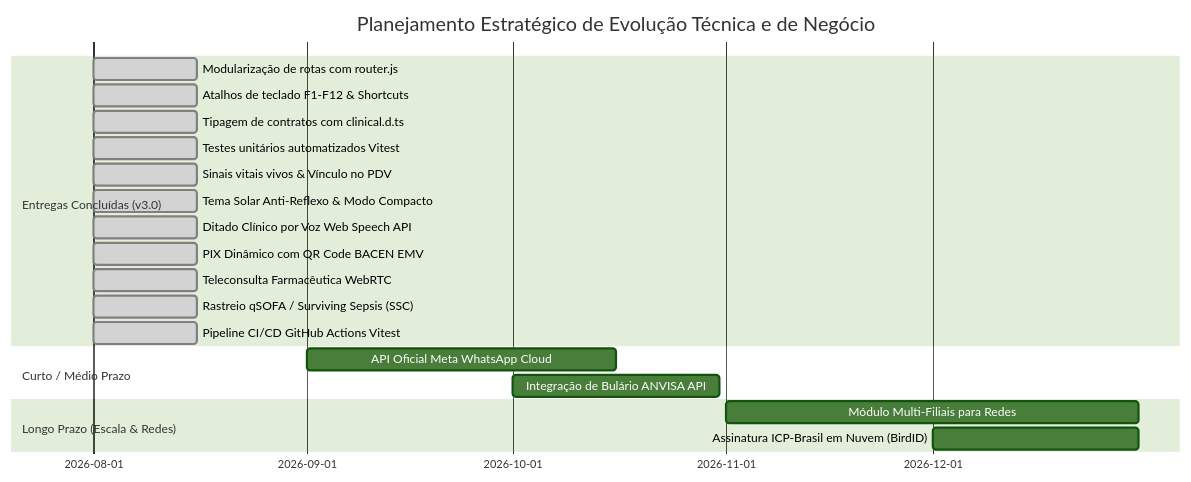
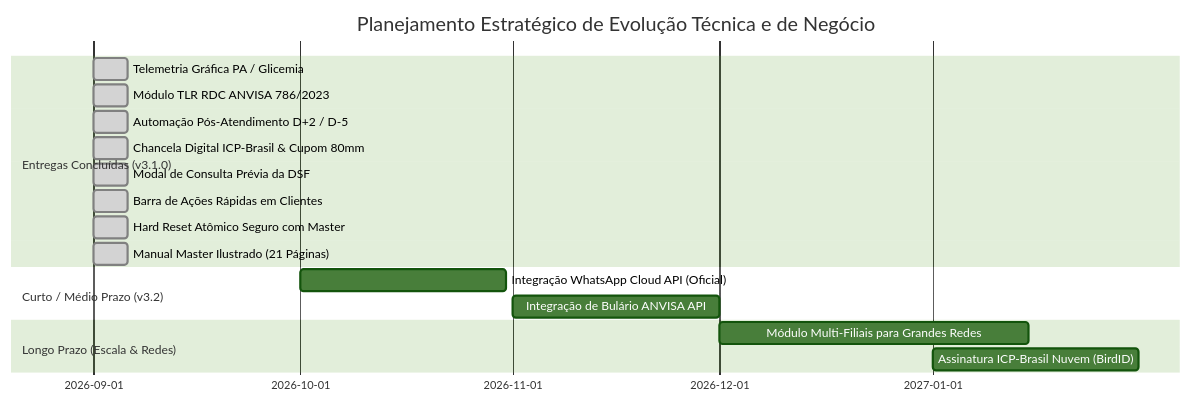
One commit to Mazzarowysk/crm-clinico-farmaceutic changed the third of 3 diagrams in DOCUMENTO_TECNICO_PROPOSTA_NEGOCIO.md. Above: the diagram before and after it, drawn with Mermaid (forest theme). The commit also changed other lines of this file and 2 other files, not shown here.

Commit message:
docs: proposta tecnica e diretrizes de negocio v6 atualizada para versao 3.1.0 com modulos clinicos, tlr rdc 786 e capturas ilustradas

````diff
--- a/DOCUMENTO_TECNICO_PROPOSTA_NEGOCIO.md
+++ b/DOCUMENTO_TECNICO_PROPOSTA_NEGOCIO.md
@@ -403,23 +310,20 @@
 ```mermaid
 gantt
     title Planejamento Estratégico de Evolução Técnica e de Negócio
     dateFormat  YYYY-MM
-    section Entregas Concluídas (v3.0)
-    Modularização de rotas com router.js  :done, 2026-08, 15d
-    Atalhos de teclado F1-F12 & Shortcuts :done, 2026-08, 15d
-    Tipagem de contratos com clinical.d.ts :done, 2026-08, 15d
-    Testes unitários automatizados Vitest :done, 2026-08, 15d
-    Sinais vitais vivos & Vínculo no PDV  :done, 2026-08, 15d
-    Tema Solar Anti-Reflexo & Modo Compacto:done, 2026-08, 15d
-    Ditado Clínico por Voz Web Speech API :done, 2026-08, 15d
-    PIX Dinâmico com QR Code BACEN EMV    :done, 2026-08, 15d
-    Teleconsulta Farmacêutica WebRTC      :done, 2026-08, 15d
-    Rastreio qSOFA / Surviving Sepsis (SSC):done, 2026-08, 15d
-    Pipeline CI/CD GitHub Actions Vitest  :done, 2026-08, 15d
-    section Curto / Médio Prazo
-    API Oficial Meta WhatsApp Cloud       :2026-09, 45d
-    Integração de Bulário ANVISA API      :2026-10, 30d
+    section Entregas Concluídas (v3.1.0)
+    Telemetria Gráfica PA / Glicemia       :done, 2026-09, 5d
+    Módulo TLR RDC ANVISA 786/2023         :done, 2026-09, 5d
+    Automação Pós-Atendimento D+2 / D-5   :done, 2026-09, 5d
+    Chancela Digital ICP-Brasil & Cupom 80mm:done, 2026-09, 5d
+    Modal de Consulta Prévia da DSF        :done, 2026-09, 5d
+    Barra de Ações Rápidas em Clientes    :done, 2026-09, 5d
+    Hard Reset Atômico Seguro com Master  :done, 2026-09, 5d
+    Manual Master Ilustrado (21 Páginas)   :done, 2026-09, 5d
+    section Curto / Médio Prazo (v3.2)
+    Integração WhatsApp Cloud API (Oficial):2026-10, 30d
+    Integração de Bulário ANVISA API       :2026-11, 30d
     section Longo Prazo (Escala & Redes)
-    Módulo Multi-Filiais para Redes       :2026-11, 60d
-    Assinatura ICP-Brasil em Nuvem (BirdID):2026-12, 30d
+    Módulo Multi-Filiais para Grandes Redes:2026-12, 45d
+    Assinatura ICP-Brasil Nuvem (BirdID)  :2027-01, 30d
 ```
````
